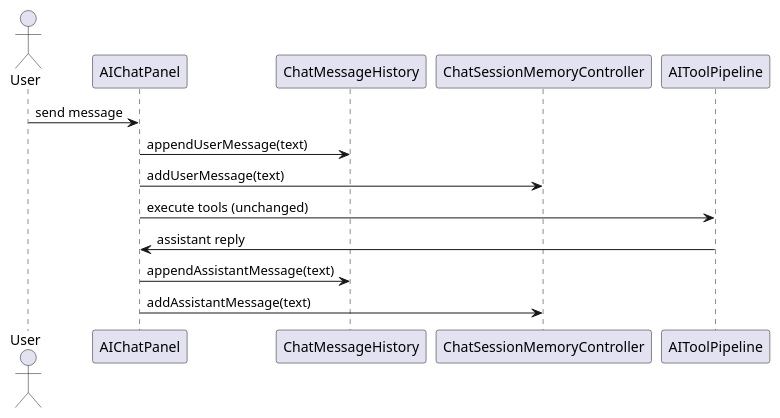
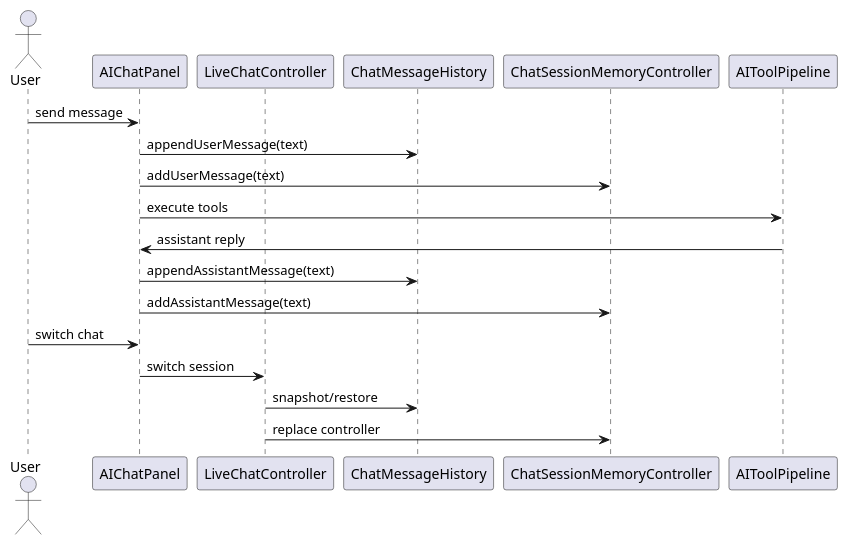
The second of 7 diagrams in freeplane_plugin_ai/specs/tasks/in-progress/tool-capable-chat-history-transcripts.md (guoranjun2/nexordia), drawn with PlantUML before and after one commit. The commit also changed other lines of this file and 36 other files, not shown here.

Commit message:
2026-01-24-chat-history-transcripts: Refine live chat tracking

````diff
--- a/freeplane_plugin_ai/specs/tasks/in-progress/tool-capable-chat-history-transcripts.md
+++ b/freeplane_plugin_ai/specs/tasks/in-progress/tool-capable-chat-history-transcripts.md
@@ -138,18 +112,21 @@
-    ```plantuml
-    @startuml
-    actor User
-    participant AIChatPanel
-    participant ChatMessageHistory
-    participant ChatSessionMemoryController
-    participant AIToolPipeline
-
-    User -> AIChatPanel : send message
-    AIChatPanel -> ChatMessageHistory : appendUserMessage(text)
-    AIChatPanel -> ChatSessionMemoryController : addUserMessage(text)
-    AIChatPanel -> AIToolPipeline : execute tools (unchanged)
-
-    AIToolPipeline -> AIChatPanel : assistant reply
-    AIChatPanel -> ChatMessageHistory : appendAssistantMessage(text)
-    AIChatPanel -> ChatSessionMemoryController : addAssistantMessage(text)
-    @enduml
-    ```
+  ```plantuml
+  @startuml
+  actor User
+  participant AIChatPanel
+  participant LiveChatController
+  participant ChatMessageHistory
+  participant ChatSessionMemoryController
+  participant AIToolPipeline
+  User -> AIChatPanel : send message
+  AIChatPanel -> ChatMessageHistory : appendUserMessage(text)
+  AIChatPanel -> ChatSessionMemoryController : addUserMessage(text)
+  AIChatPanel -> AIToolPipeline : execute tools
+  AIToolPipeline -> AIChatPanel : assistant reply
+  AIChatPanel -> ChatMessageHistory : appendAssistantMessage(text)
+  AIChatPanel -> ChatSessionMemoryController : addAssistantMessage(text)
+  User -> AIChatPanel : switch chat
+  AIChatPanel -> LiveChatController : switch session
+  LiveChatController -> ChatMessageHistory : snapshot/restore
+  LiveChatController -> ChatSessionMemoryController : replace controller
+  @enduml
+  ```
````
